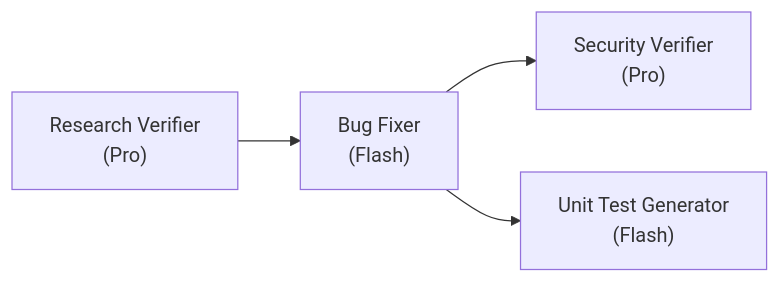
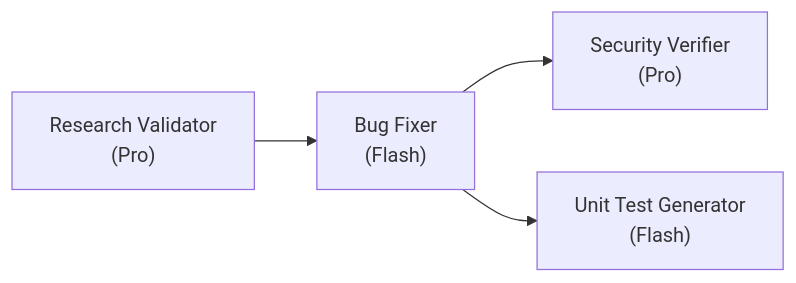
The diagram in homework-4/README.md (dmsamartsov/gen-ai-software-engineering), drawn with Mermaid before and after one commit. The commit also changed other lines of this file and 3 other files, not shown here.

````diff
--- a/homework-4/README.md
+++ b/homework-4/README.md
@@ -16,6 +16,6 @@
 ```mermaid
 flowchart LR
-  V["Research Verifier<br/>(Pro)"] --> F["Bug Fixer<br/>(Flash)"]
+  V["Research Validator<br/>(Pro)"] --> F["Bug Fixer<br/>(Flash)"]
   F --> S["Security Verifier<br/>(Pro)"]
   F --> T["Unit Test Generator<br/>(Flash)"]
 ```
````
